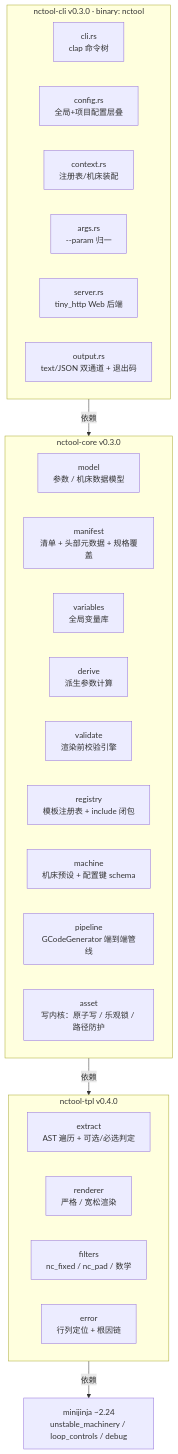
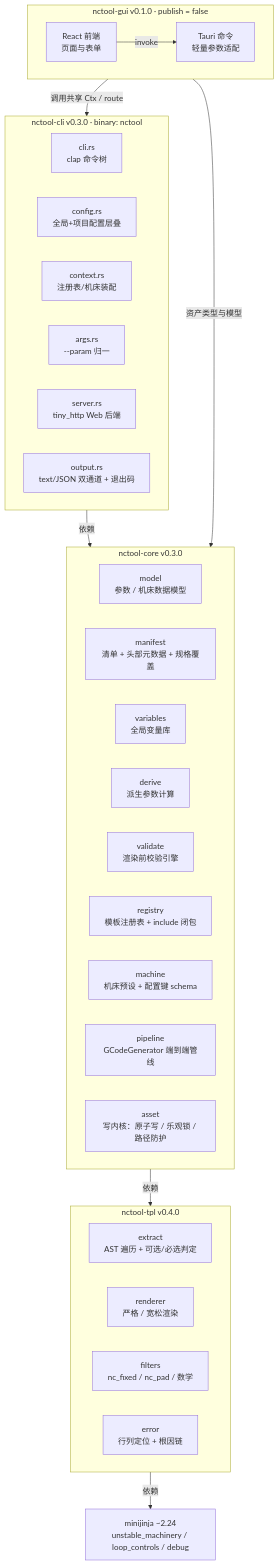
Before and after one commit to lzg9698-code/nctool-tpl: the first of 4 diagrams in docs/SYSTEM_DESIGN.md, drawn with Mermaid. The commit also changed other lines of this file and 97 other files, not shown here.

````diff
--- a/docs/SYSTEM_DESIGN.md
+++ b/docs/SYSTEM_DESIGN.md
@@ -64,36 +74,44 @@
 ```mermaid
 graph TD
     subgraph CLI["nctool-cli v0.3.0 · binary: nctool"]
         C1[cli.rs<br/>clap 命令树]
         C2[config.rs<br/>全局+项目配置层叠]
         C3[context.rs<br/>注册表/机床装配]
         C4[args.rs<br/>--param 归一]
         C5[server.rs<br/>tiny_http Web 后端]
         C6[output.rs<br/>text/JSON 双通道 + 退出码]
+    end
+
+    subgraph GUI["nctool-gui v0.1.0 · publish = false"]
+        G1[React 前端<br/>页面与表单]
+        G2[Tauri 命令<br/>轻量参数适配]
     end
 
     subgraph CORE["nctool-core v0.3.0"]
         R1[model<br/>参数 / 机床数据模型]
         R2[manifest<br/>清单 + 头部元数据 + 规格覆盖]
         R3[variables<br/>全局变量库]
         R4[derive<br/>派生参数计算]
         R5[validate<br/>渲染前校验引擎]
         R6[registry<br/>模板注册表 + include 闭包]
         R7[machine<br/>机床预设 + 配置键 schema]
         R8[pipeline<br/>GCodeGenerator 端到端管线]
         R9[asset<br/>写内核：原子写 / 乐观锁 / 路径防护]
     end
 
     subgraph TPL["nctool-tpl v0.4.0"]
         T1[extract<br/>AST 遍历 + 可选/必选判定]
         T2[renderer<br/>严格 / 宽松渲染]
         T3[filters<br/>nc_fixed / nc_pad / 数学]
         T4[error<br/>行列定位 + 根因链]
     end
 
     MJ[minijinja ~2.24<br/>unstable_machinery / loop_controls / debug]
 
     CLI -->|依赖| CORE
+    GUI -->|调用共享 Ctx / route| CLI
+    GUI -->|资产类型与模型| CORE
+    G1 -->|invoke| G2
     CORE -->|依赖| TPL
     TPL -->|依赖| MJ
 ```
````
